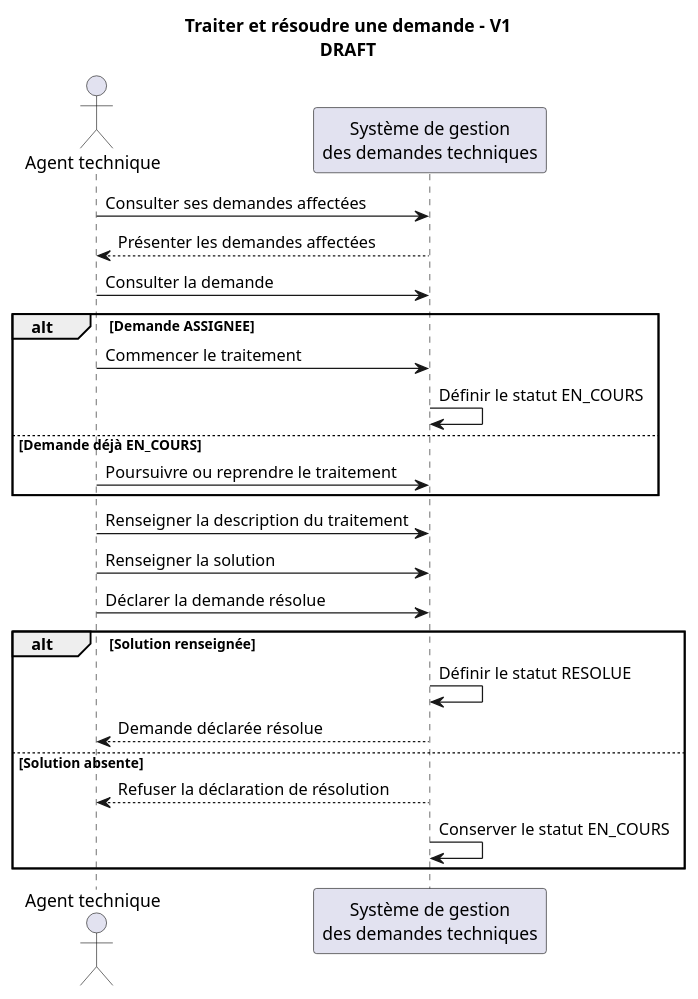
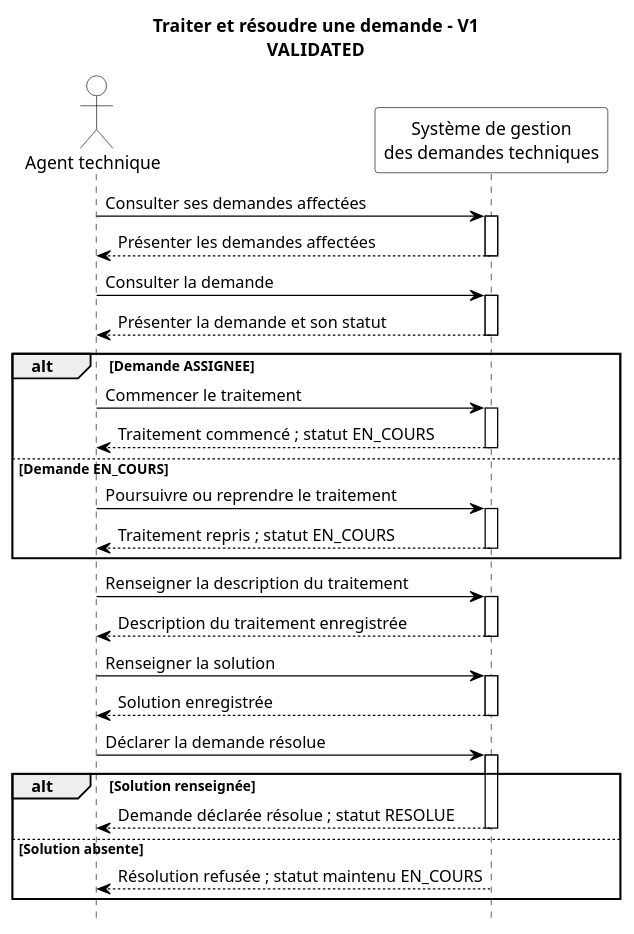
Before and after one commit to akrouty/gestion-demandes-techniques: the diagram in docs/uml/sequence/process-resolve-request-v1.puml, drawn with PlantUML. The commit also changed 4 other files, not shown here.

Commit message:
sequnce diagrame validation

```diff
--- a/docs/uml/sequence/process-resolve-request-v1.puml
+++ b/docs/uml/sequence/process-resolve-request-v1.puml
@@ -1,32 +1,71 @@
 @startuml
 
-' Statut : DRAFT
-title Traiter et résoudre une demande - V1\nDRAFT
+' Statut : VALIDATED
+title Traiter et résoudre une demande - V1\nVALIDATED
+
+hide footbox
+skinparam monochrome true
+skinparam shadowing false
+skinparam backgroundColor white
+skinparam sequence {
+  ArrowColor black
+  ActorBorderColor black
+  ActorBackgroundColor white
+  ActorFontColor black
+  ParticipantBorderColor black
+  ParticipantBackgroundColor white
+  ParticipantFontColor black
+  LifeLineBorderColor black
+  LifeLineBackgroundColor white
+  GroupBorderColor black
+  GroupHeaderFontColor black
+  GroupBodyBackgroundColor white
+}
 
 actor "Agent technique" as AGENT
 participant "Système de gestion\ndes demandes techniques" as SYSTEM
 
 AGENT -> SYSTEM : Consulter ses demandes affectées
+activate SYSTEM
 SYSTEM --> AGENT : Présenter les demandes affectées
+deactivate SYSTEM
+
 AGENT -> SYSTEM : Consulter la demande
+activate SYSTEM
+SYSTEM --> AGENT : Présenter la demande et son statut
+deactivate SYSTEM
 
 alt Demande ASSIGNEE
   AGENT -> SYSTEM : Commencer le traitement
-  SYSTEM -> SYSTEM : Définir le statut EN_COURS
-else Demande déjà EN_COURS
+  activate SYSTEM
+  SYSTEM --> AGENT : Traitement commencé ; statut EN_COURS
+  deactivate SYSTEM
+else Demande EN_COURS
   AGENT -> SYSTEM : Poursuivre ou reprendre le traitement
+  activate SYSTEM
+  SYSTEM --> AGENT : Traitement repris ; statut EN_COURS
+  deactivate SYSTEM
 end
 
 AGENT -> SYSTEM : Renseigner la description du traitement
+activate SYSTEM
+SYSTEM --> AGENT : Description du traitement enregistrée
+deactivate SYSTEM
+
 AGENT -> SYSTEM : Renseigner la solution
+activate SYSTEM
+SYSTEM --> AGENT : Solution enregistrée
+deactivate SYSTEM
+
 AGENT -> SYSTEM : Déclarer la demande résolue
+activate SYSTEM
 
 alt Solution renseignée
-  SYSTEM -> SYSTEM : Définir le statut RESOLUE
-  SYSTEM --> AGENT : Demande déclarée résolue
+  SYSTEM --> AGENT : Demande déclarée résolue ; statut RESOLUE
+  deactivate SYSTEM
 else Solution absente
-  SYSTEM --> AGENT : Refuser la déclaration de résolution
-  SYSTEM -> SYSTEM : Conserver le statut EN_COURS
+  SYSTEM --> AGENT : Résolution refusée ; statut maintenu EN_COURS
+  deactivate SYSTEM
 end
 
 @enduml
```
